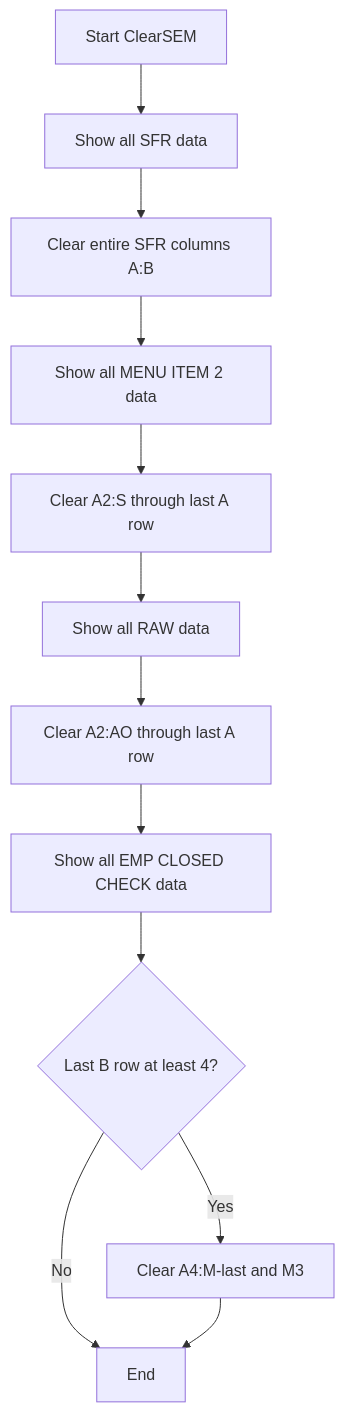
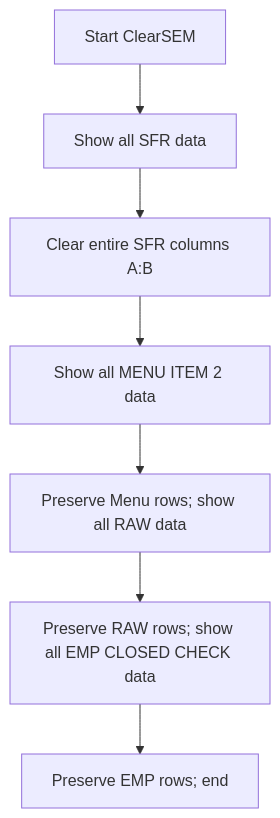
Diagram 14 of 16 in Other Comps/VBA_DOCUMENTATION.md (moonstarph23/Common-Script), drawn with Mermaid before and after one commit. The commit also changed other lines of this file and 10 other files, not shown here.

````diff
--- a/Other Comps/VBA_DOCUMENTATION.md
+++ b/Other Comps/VBA_DOCUMENTATION.md
@@ -678,14 +701,9 @@
 ```mermaid
 flowchart TD
     A["Start ClearSEM"] --> B["Show all SFR data"]
     B --> C["Clear entire SFR columns A:B"]
     C --> D["Show all MENU ITEM 2 data"]
-    D --> E["Clear A2:S through last A row"]
-    E --> F["Show all RAW data"]
-    F --> G["Clear A2:AO through last A row"]
-    G --> H["Show all EMP CLOSED CHECK data"]
-    H --> I{"Last B row at least 4?"}
-    I -- "Yes" --> J["Clear A4:M-last and M3"]
-    I -- "No" --> K["End"]
-    J --> K
+    D --> E["Preserve Menu rows; show all RAW data"]
+    E --> F["Preserve RAW rows; show all EMP CLOSED CHECK data"]
+    F --> G["Preserve EMP rows; end"]
 ```
````
